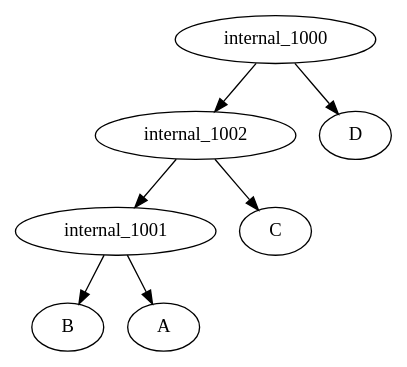
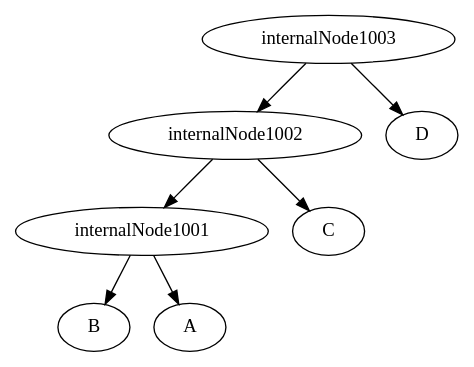
The diagram in ParsingTxt/Launcher/upload.dot (iharnoor/PhylogeneticsWebsite), drawn with Graphviz before and after one commit. The commit also changed 2 other files, not shown here.

Commit message:
internalNode underscore removed

```diff
--- a/ParsingTxt/Launcher/upload.dot
+++ b/ParsingTxt/Launcher/upload.dot
@@ -1,8 +1,8 @@
 strict digraph G1 {
-internal_1001 -> B
-internal_1001 -> A
-internal_1002 -> C
-internal_1002 -> internal_1001
-internal_1000 -> D
-internal_1000 -> internal_1002
+internalNode1001 -> B
+internalNode1001 -> A
+internalNode1002 -> C
+internalNode1002 -> internalNode1001
+internalNode1003 -> D
+internalNode1003 -> internalNode1002
 }
```
